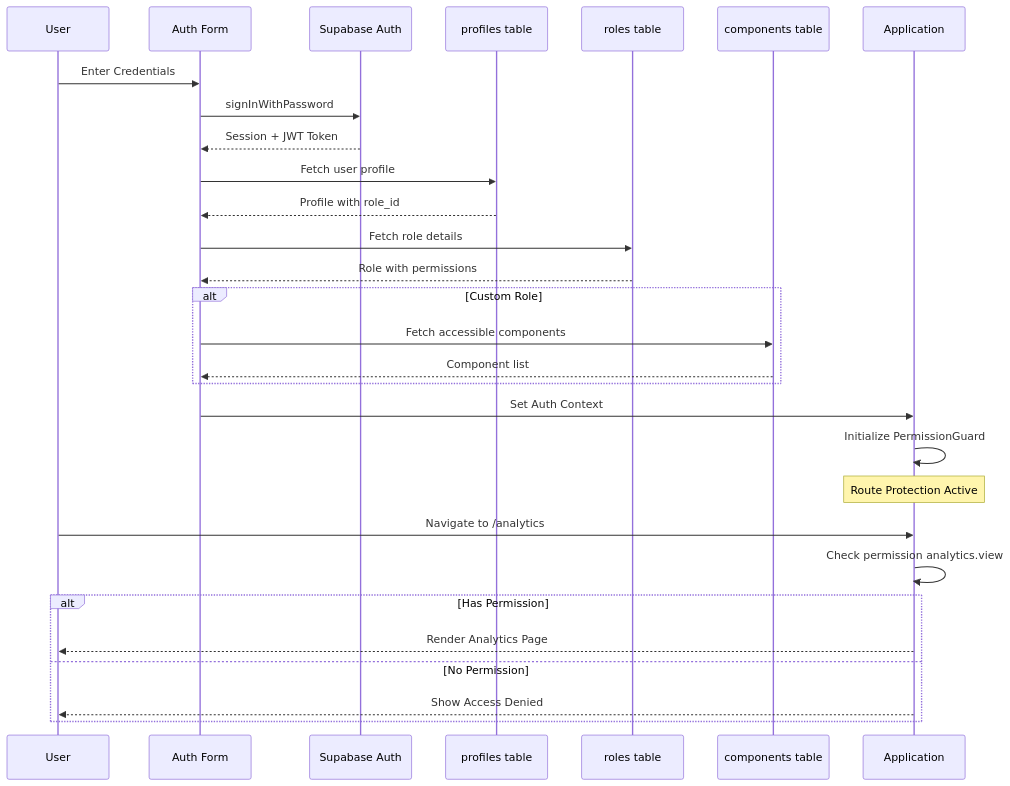
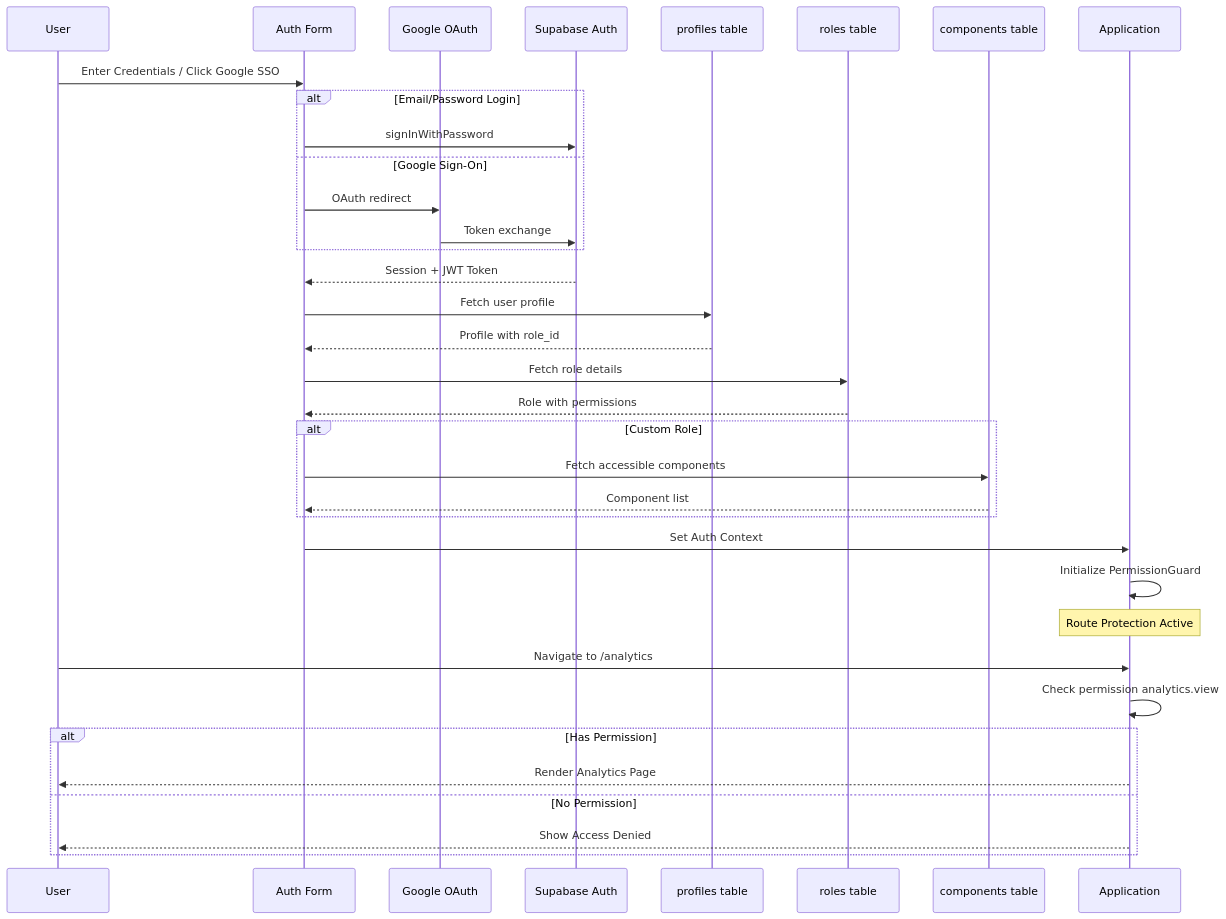
One commit to sudipjangam/tasty-bite-harbor changed the fifth of 26 diagrams in docs/ARCHITECTURE_DEV.md. Above: the diagram before and after it, drawn with Mermaid. The commit also changed other lines of this file and 6 other files, not shown here.

Commit message:
feat: Add comprehensive platform user guide, architecture documentation, and an About section component, alongside dependency updates.

````diff
--- a/docs/ARCHITECTURE_DEV.md
+++ b/docs/ARCHITECTURE_DEV.md
@@ -307,37 +396,45 @@
 ```mermaid
 sequenceDiagram
     participant U as User
     participant A as Auth Form
+    participant G as Google OAuth
     participant S as Supabase Auth
     participant P as profiles table
     participant R as roles table
     participant C as components table
     participant App as Application
     
-    U->>A: Enter Credentials
-    A->>S: signInWithPassword
+    U->>A: Enter Credentials / Click Google SSO
+    
+    alt Email/Password Login
+        A->>S: signInWithPassword
+    else Google Sign-On
+        A->>G: OAuth redirect
+        G->>S: Token exchange
+    end
+    
     S-->>A: Session + JWT Token
     A->>P: Fetch user profile
     P-->>A: Profile with role_id
     A->>R: Fetch role details
     R-->>A: Role with permissions
     
     alt Custom Role
         A->>C: Fetch accessible components
         C-->>A: Component list
     end
     
     A->>App: Set Auth Context
     App->>App: Initialize PermissionGuard
     
     Note over App: Route Protection Active
     
     U->>App: Navigate to /analytics
     App->>App: Check permission analytics.view
     
     alt Has Permission
         App-->>U: Render Analytics Page
     else No Permission
         App-->>U: Show Access Denied
     end
 ```
````
